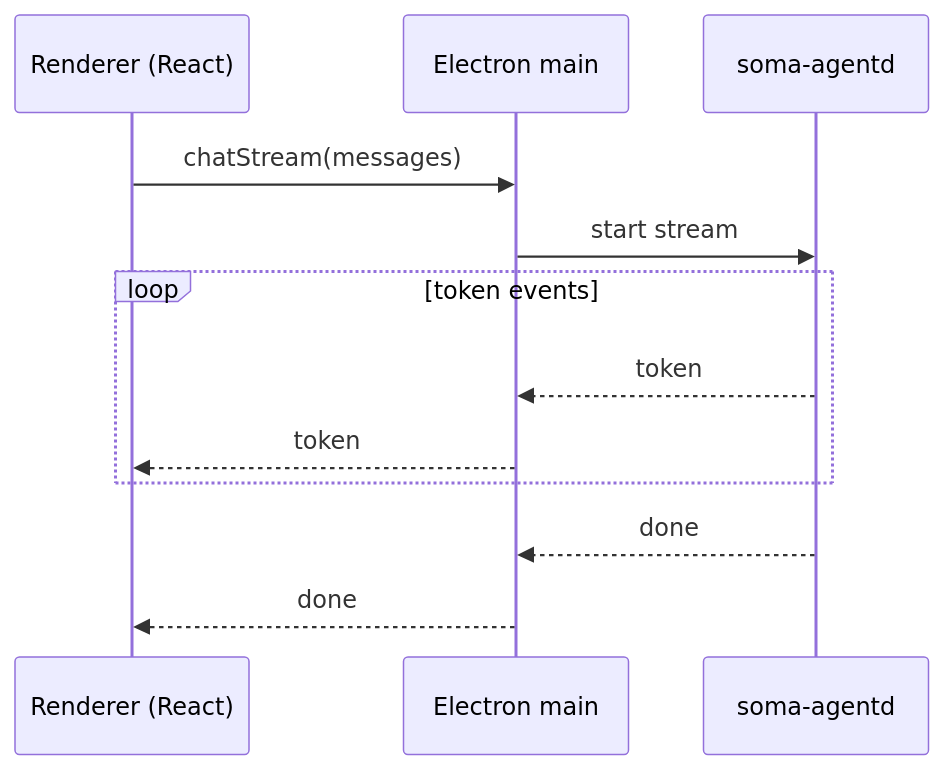
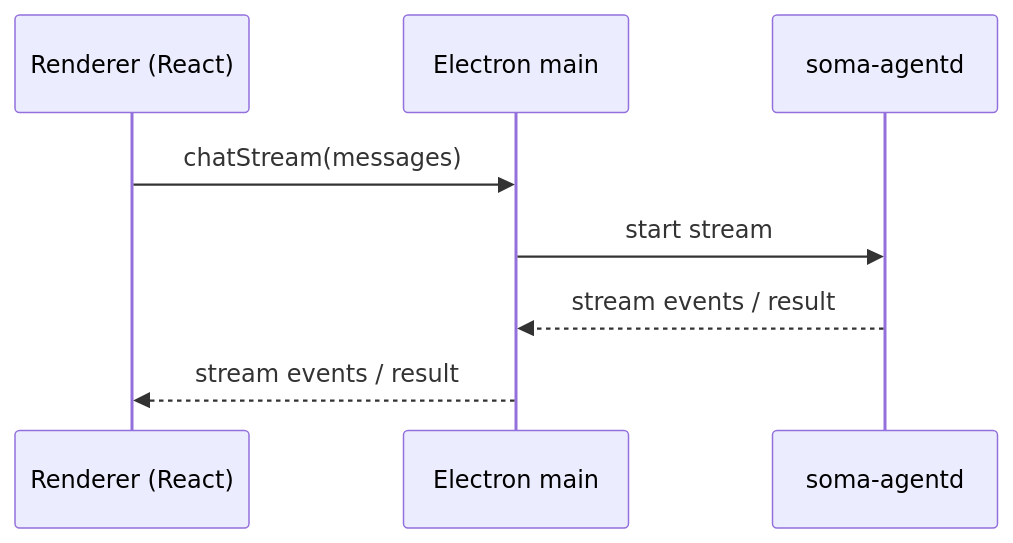
Before and after one commit to stephane-segning/soma: the fourth of 4 diagrams in docs/src/architecture/e2e-flows.md, drawn with Mermaid. The commit also changed other lines of this file and 34 other files, not shown here.

````diff
--- a/docs/src/architecture/e2e-flows.md
+++ b/docs/src/architecture/e2e-flows.md
@@ -97,15 +101,11 @@
 ```mermaid
 sequenceDiagram
   participant R as Renderer (React)
   participant M as Electron main
   participant A as soma-agentd
 
   R->>M: chatStream(messages)
   M->>A: start stream
-  loop token events
-    A-->>M: token
-    M-->>R: token
-  end
-  A-->>M: done
-  M-->>R: done
+  A-->>M: stream events / result
+  M-->>R: stream events / result
 ```
````
